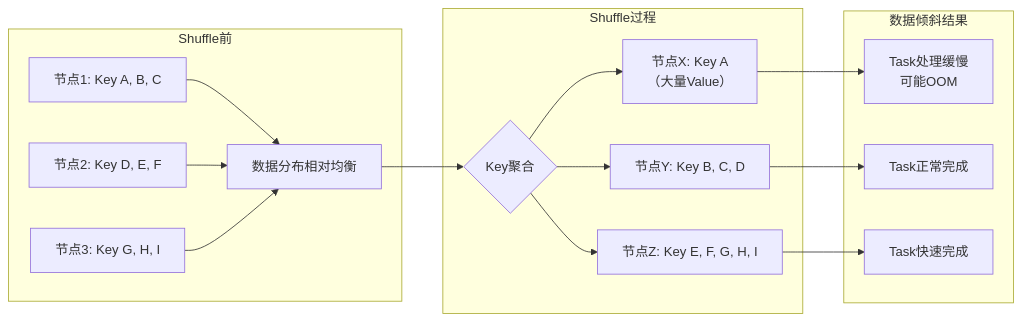
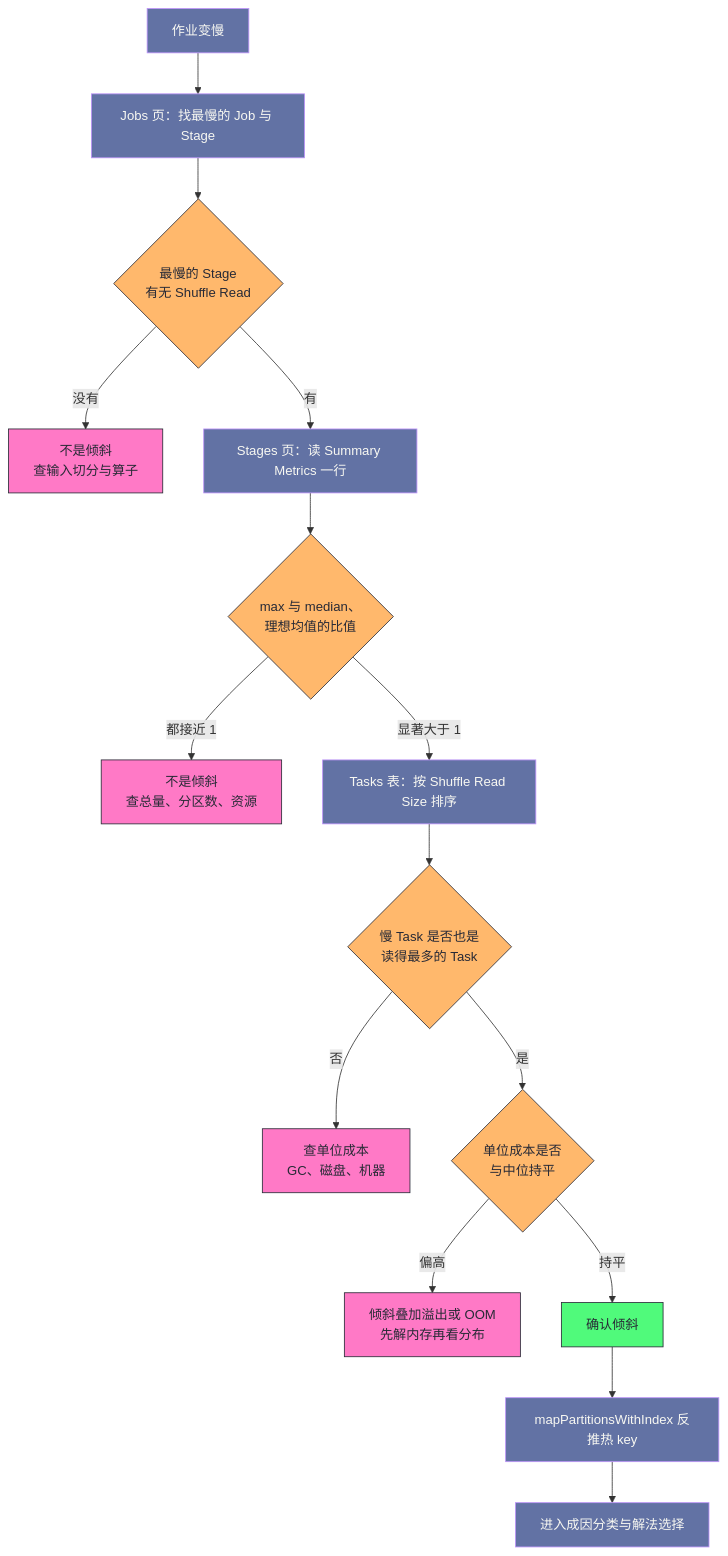
One commit to hpliStartAgain/my-brain changed the second of 6 diagrams in content/大数据/Spark/读书笔记-spark内核/06_性能调优实战/9. 数据倾斜解决方案_上.md. Above: the diagram before and after it, drawn with Mermaid. The commit also changed other lines of this file and 259 other files, not shown here.

````diff
--- a/content/大数据/Spark/读书笔记-spark内核/06_性能调优实战/9. 数据倾斜解决方案_上.md
+++ b/content/大数据/Spark/读书笔记-spark内核/06_性能调优实战/9. 数据倾斜解决方案_上.md
@@ -59,21 +217,26 @@
 ```mermaid
-flowchart LR
-    subgraph "Shuffle前"
-        A["节点1: Key A, B, C"] --> D["数据分布相对均衡"]
-        B["节点2: Key D, E, F"] --> D
-        C["节点3: Key G, H, I"] --> D
-    end
-    
-    subgraph "Shuffle过程"
-        D --> E{"Key聚合"}
-        E --> F["节点X: Key A<br>（大量Value）"]
-        E --> G["节点Y: Key B, C, D"]
-        E --> H["节点Z: Key E, F, G, H, I"]
-    end
-    
-    subgraph "数据倾斜结果"
-        F --> I["Task处理缓慢<br>可能OOM"]
-        G --> J["Task正常完成"]
-        H --> K["Task快速完成"]
-    end
+%%{init: {'theme': 'dracula'}}%%
+flowchart TD
+    S["作业变慢"] --> A["Jobs 页：找最慢的 Job 与 Stage"]
+    A --> B{"最慢的 Stage<br/>有无 Shuffle Read"}
+    B -- "没有" --> B1["不是倾斜<br/>查输入切分与算子"]
+    B -- "有" --> C["Stages 页：读 Summary Metrics 一行"]
+    C --> D{"max 与 median、<br/>理想均值的比值"}
+    D -- "都接近 1" --> D1["不是倾斜<br/>查总量、分区数、资源"]
+    D -- "显著大于 1" --> E["Tasks 表：按 Shuffle Read Size 排序"]
+    E --> F{"慢 Task 是否也是<br/>读得最多的 Task"}
+    F -- "否" --> F1["查单位成本<br/>GC、磁盘、机器"]
+    F -- "是" --> G{"单位成本是否<br/>与中位持平"}
+    G -- "偏高" --> G1["倾斜叠加溢出或 OOM<br/>先解内存再看分布"]
+    G -- "持平" --> H["确认倾斜"]
+    H --> I["mapPartitionsWithIndex 反推热 key"]
+    I --> J["进入成因分类与解法选择"]
+    classDef flow fill:#6272a4,stroke:#bd93f9,color:#f8f8f2
+    classDef ask fill:#ffb86c,stroke:#282a36,color:#282a36
+    classDef bad fill:#ff79c6,stroke:#282a36,color:#282a36
+    classDef good fill:#50fa7b,stroke:#282a36,color:#282a36
+    class S,A,C,E,I,J flow
+    class B,D,F,G ask
+    class B1,D1,F1,G1 bad
+    class H good
 ```
````
